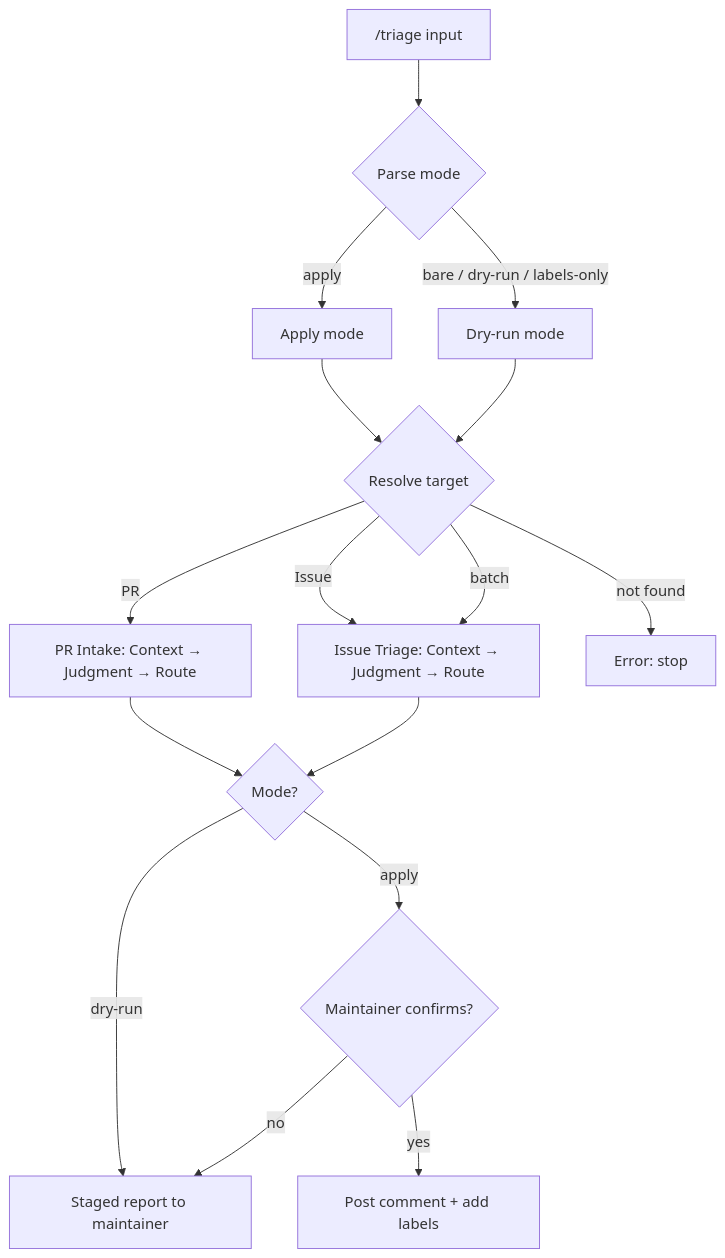
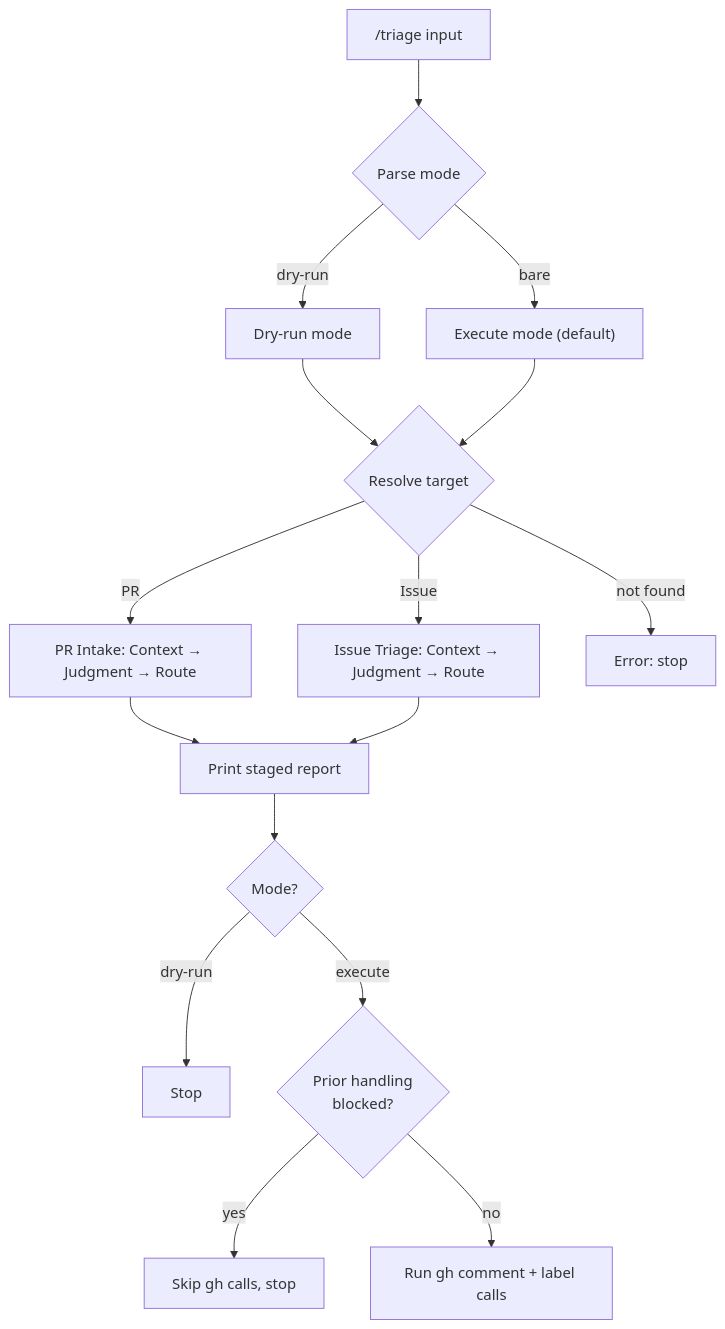
One commit to CNCSMonster/qwen-code changed the first of 2 diagrams in .qwen/skills/triage/references/workflow-overview.md. Above: the diagram before and after it, drawn with Mermaid. The commit also changed other lines of this file and 3 other files, not shown here.

First line of the commit message:
refactor(skill): simplify /triage to single dry-run flag [skip ci]

````diff
--- a/.qwen/skills/triage/references/workflow-overview.md
+++ b/.qwen/skills/triage/references/workflow-overview.md
@@ -54,21 +41,21 @@
 ```mermaid
 flowchart TD
   A["/triage input"] --> M{"Parse mode"}
-  M -->|"apply"| APPLY["Apply mode"]
-  M -->|"bare / dry-run / labels-only"| DRY["Dry-run mode"]
+  M -->|"dry-run"| DRY["Dry-run mode"]
+  M -->|"bare"| EXEC["Execute mode (default)"]
 
-  APPLY --> T{"Resolve target"}
-  DRY --> T
+  DRY --> T{"Resolve target"}
+  EXEC --> T
 
   T -->|PR| PR["PR Intake: Context → Judgment → Route"]
   T -->|Issue| IS["Issue Triage: Context → Judgment → Route"]
   T -->|"not found"| ERR["Error: stop"]
-  T -->|batch| IS
 
-  PR --> OUT{"Mode?"}
-  IS --> OUT
-  OUT -->|dry-run| RPT["Staged report to maintainer"]
-  OUT -->|apply| CONF{"Maintainer confirms?"}
-  CONF -->|yes| GH["Post comment + add labels"]
-  CONF -->|no| RPT
+  PR --> RPT["Print staged report"]
+  IS --> RPT
+  RPT --> MODE{"Mode?"}
+  MODE -->|dry-run| END1["Stop"]
+  MODE -->|execute| PRIOR{"Prior handling<br/>blocked?"}
+  PRIOR -->|yes| END2["Skip gh calls, stop"]
+  PRIOR -->|no| GH["Run gh comment + label calls"]
 ```
````
